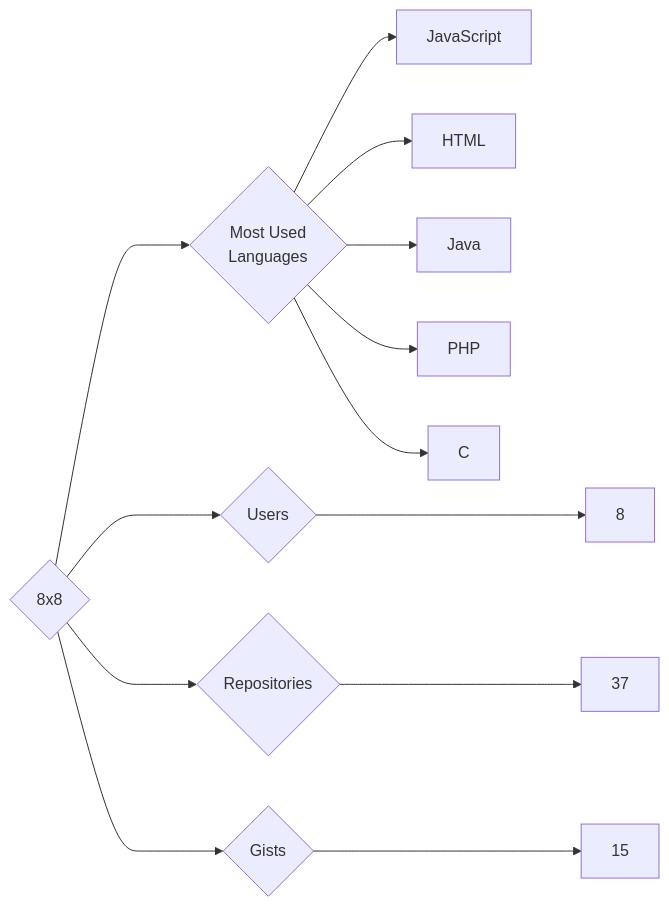
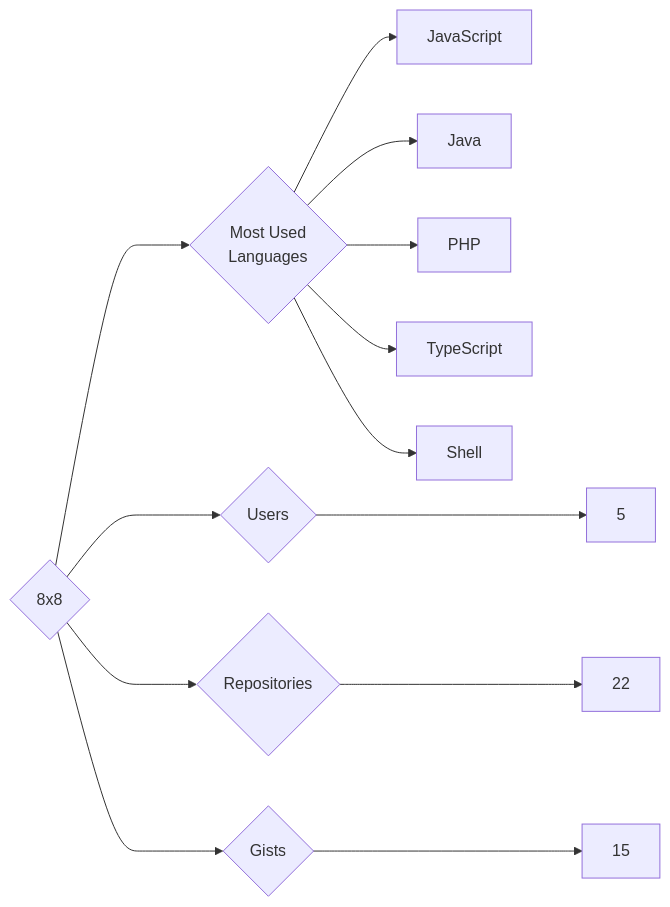
One commit to trickest/insiders changed the diagram in targets/8x8/README.md. Above: the diagram before and after it, drawn with Mermaid. The commit also changed 1141 other files, not shown here.

````diff
--- a/targets/8x8/README.md
+++ b/targets/8x8/README.md
@@ -3,13 +3,13 @@
 ```mermaid
 graph LR
 COMPANY_NAME{8x8}
-COMPANY_NAME ---> U{Users} ---> UN[8]
-COMPANY_NAME ---> R{Repositories} ---> RN[37]
+COMPANY_NAME ---> U{Users} ---> UN[5]
+COMPANY_NAME ---> R{Repositories} ---> RN[22]
 COMPANY_NAME ---> G{Gists} ---> GN[15]
 COMPANY_NAME ---> ML{Most Used<br>Languages}
 ML --> JavaScript[JavaScript]
-ML --> HTML[HTML]
 ML --> Java[Java]
 ML --> PHP[PHP]
-ML --> C[C]
+ML --> TypeScript[TypeScript]
+ML --> Shell[Shell]
 ```
````
